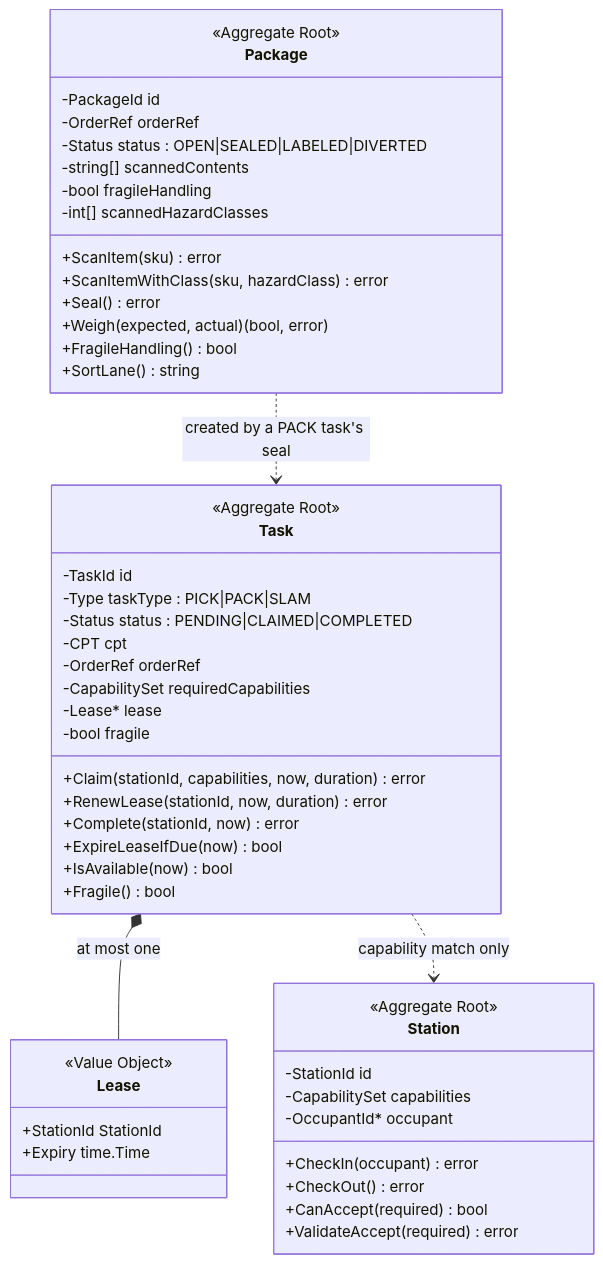
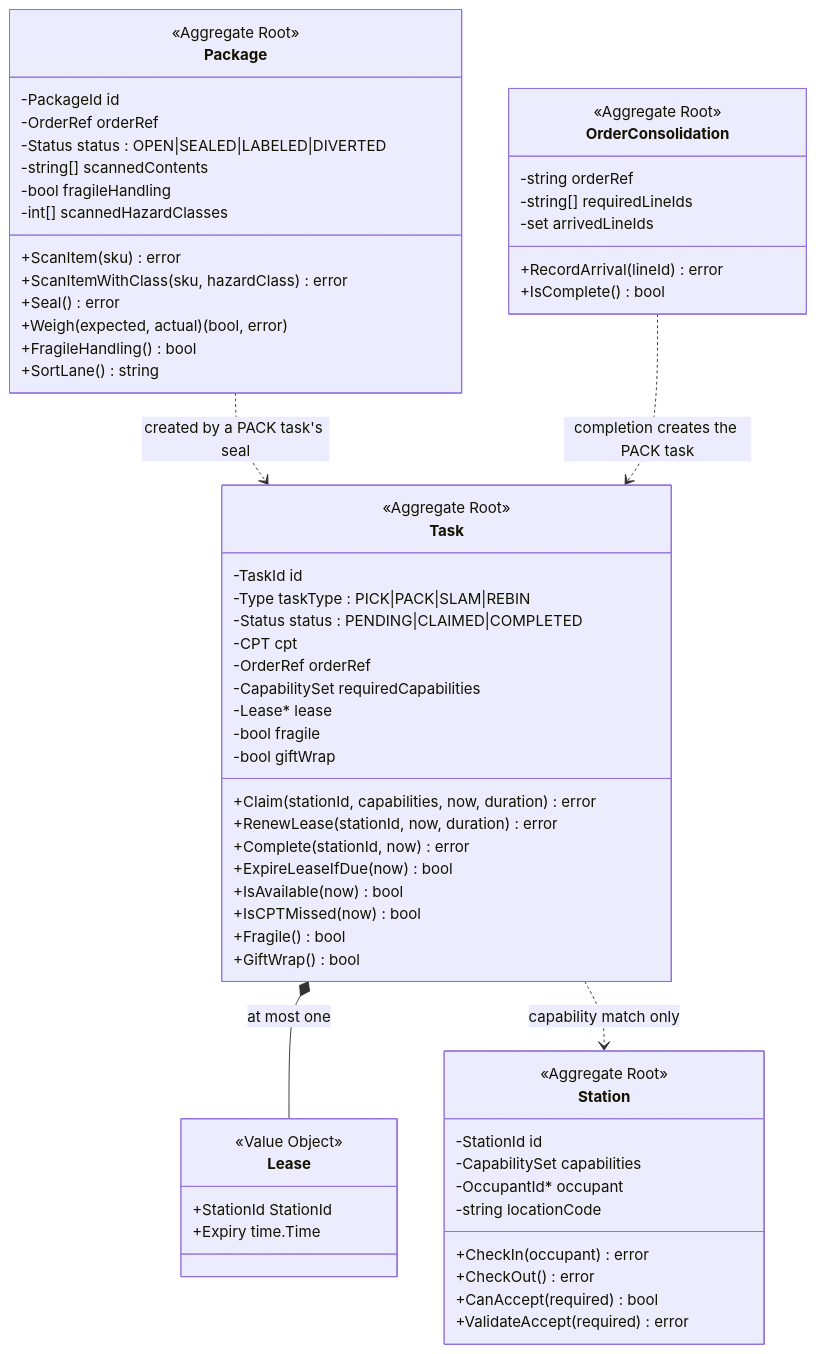
Before and after one commit to claudioed/fulfillment-execution: the diagram in docs/docs/ddd/aggregates-and-invariants.md, drawn with Mermaid. The commit also changed other lines of this file and 24 other files, not shown here.

````diff
--- a/docs/docs/ddd/aggregates-and-invariants.md
+++ b/docs/docs/ddd/aggregates-and-invariants.md
@@ -16,53 +16,66 @@
 ```mermaid
 classDiagram
     class Task {
         <<Aggregate Root>>
         -TaskId id
-        -Type taskType : PICK|PACK|SLAM
+        -Type taskType : PICK|PACK|SLAM|REBIN
         -Status status : PENDING|CLAIMED|COMPLETED
         -CPT cpt
         -OrderRef orderRef
         -CapabilitySet requiredCapabilities
         -Lease* lease
         -bool fragile
+        -bool giftWrap
         +Claim(stationId, capabilities, now, duration) error
         +RenewLease(stationId, now, duration) error
         +Complete(stationId, now) error
         +ExpireLeaseIfDue(now) bool
         +IsAvailable(now) bool
+        +IsCPTMissed(now) bool
         +Fragile() bool
+        +GiftWrap() bool
     }
     class Lease {
         <<Value Object>>
         +StationId StationId
         +Expiry time.Time
     }
     class Station {
         <<Aggregate Root>>
         -StationId id
         -CapabilitySet capabilities
         -OccupantId* occupant
+        -string locationCode
         +CheckIn(occupant) error
         +CheckOut() error
         +CanAccept(required) bool
         +ValidateAccept(required) error
     }
     class Package {
         <<Aggregate Root>>
         -PackageId id
         -OrderRef orderRef
         -Status status : OPEN|SEALED|LABELED|DIVERTED
         -string[] scannedContents
         -bool fragileHandling
         -int[] scannedHazardClasses
         +ScanItem(sku) error
         +ScanItemWithClass(sku, hazardClass) error
         +Seal() error
         +Weigh(expected, actual) (bool, error)
         +FragileHandling() bool
         +SortLane() string
     }
+    class OrderConsolidation {
+        <<Aggregate Root>>
+        -string orderRef
+        -string[] requiredLineIds
+        -set arrivedLineIds
+        +RecordArrival(lineId) error
+        +IsComplete() bool
+    }
     Task *-- Lease : at most one
     Task ..> Station : capability match only
     Package ..> Task : created by a PACK task's seal
+    OrderConsolidation ..> Task : completion creates the PACK task
 ```
````
